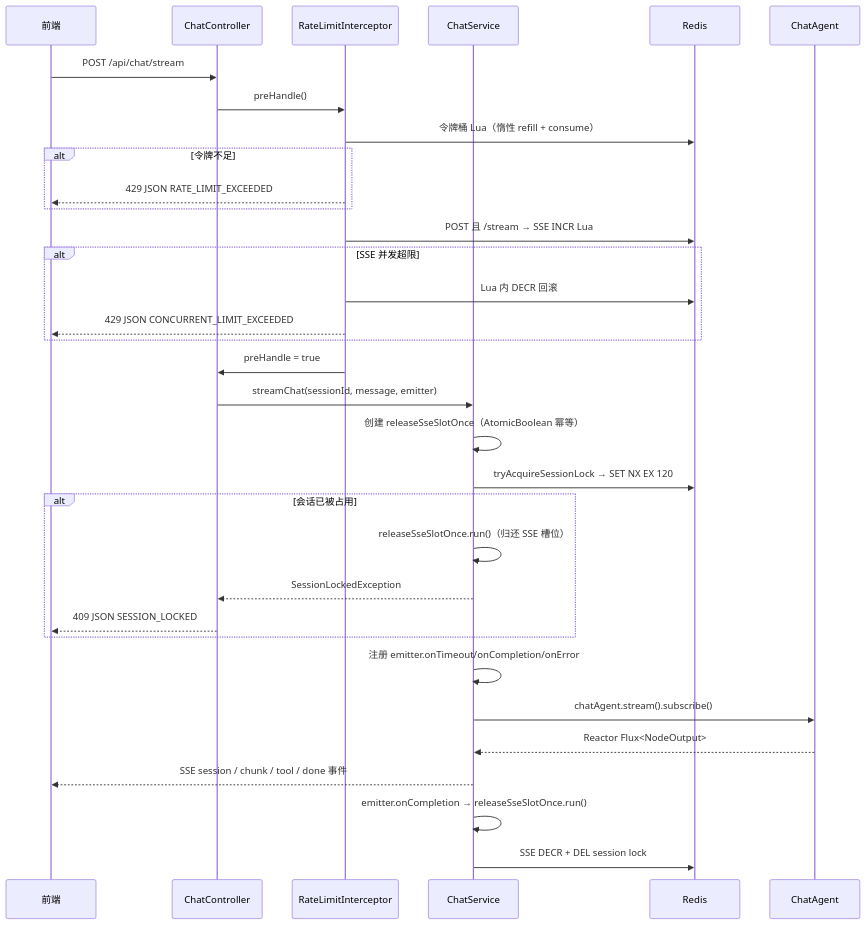
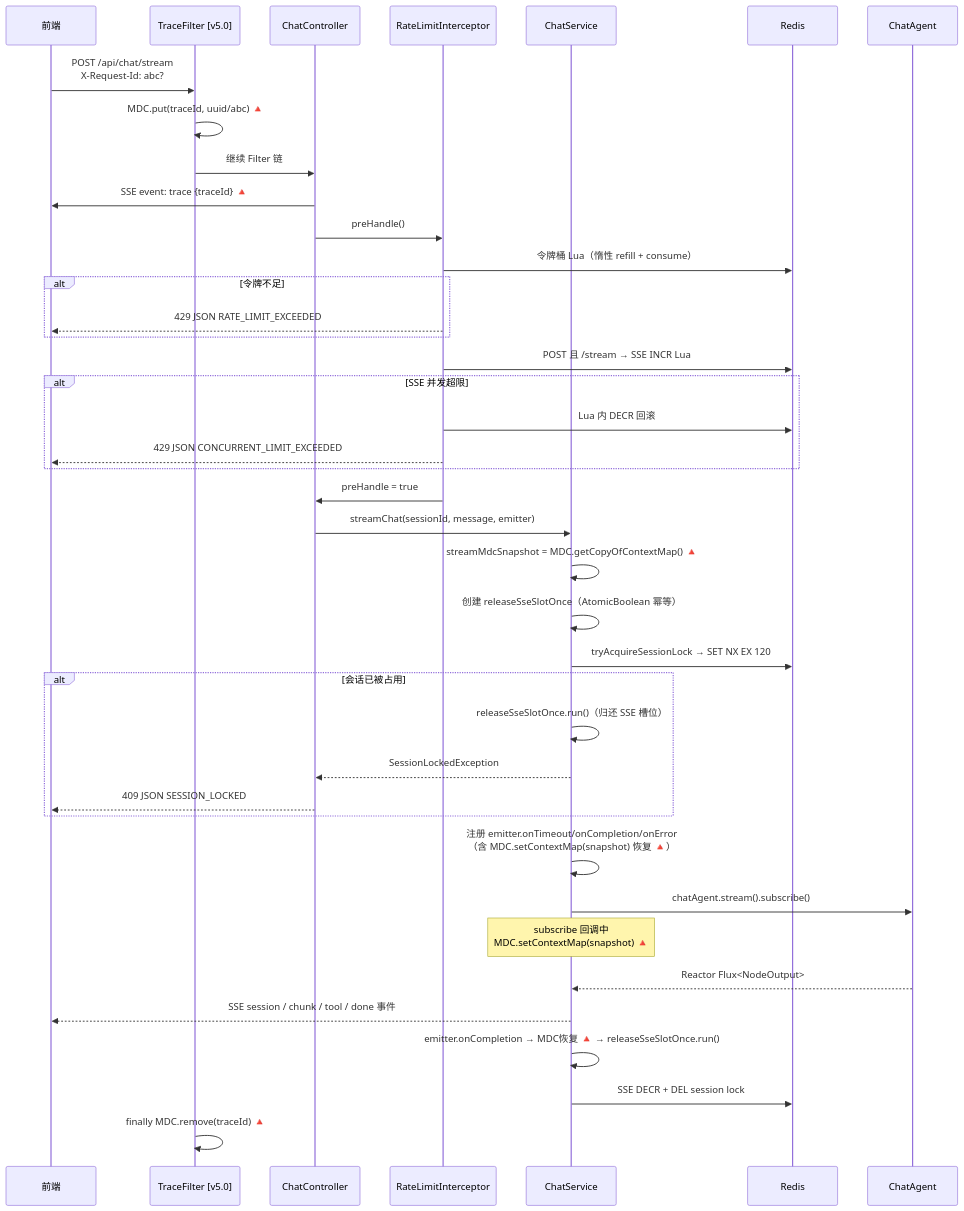
The second of 3 diagrams in document/模块要点/模块4-流式对话与并发控制.md (Yuyu123fish/Fish-Agent), drawn with Mermaid before and after one commit. The commit also changed other lines of this file and 15270 other files, not shown here.

````diff
--- a/document/模块要点/模块4-流式对话与并发控制.md
+++ b/document/模块要点/模块4-流式对话与并发控制.md
@@ -50,42 +53,52 @@
 ```mermaid
 sequenceDiagram
     participant FE as 前端
+    participant TF as TraceFilter [v5.0]
     participant CTL as ChatController
     participant Int as RateLimitInterceptor
     participant CS as ChatService
     participant Redis as Redis
     participant Agent as ChatAgent
 
-    FE->>CTL: POST /api/chat/stream
+    FE->>TF: POST /api/chat/stream<br/>X-Request-Id: abc?
+    TF->>TF: MDC.put(traceId, uuid/abc) 🔺
+
+    TF->>CTL: 继续 Filter 链
+    CTL->>FE: SSE event: trace {traceId} 🔺
+
     CTL->>Int: preHandle()
-    
+
     Int->>Redis: 令牌桶 Lua（惰性 refill + consume）
     alt 令牌不足
         Int-->>FE: 429 JSON RATE_LIMIT_EXCEEDED
     end
-    
+
     Int->>Redis: POST 且 /stream → SSE INCR Lua
     alt SSE 并发超限
         Int->>Redis: Lua 内 DECR 回滚
         Int-->>FE: 429 JSON CONCURRENT_LIMIT_EXCEEDED
     end
-    
+
     Int->>CTL: preHandle = true
     CTL->>CS: streamChat(sessionId, message, emitter)
-    
+
+    CS->>CS: streamMdcSnapshot = MDC.getCopyOfContextMap() 🔺
     CS->>CS: 创建 releaseSseSlotOnce（AtomicBoolean 幂等）
     CS->>Redis: tryAcquireSessionLock → SET NX EX 120
     alt 会话已被占用
         CS->>CS: releaseSseSlotOnce.run()（归还 SSE 槽位）
         CS-->>CTL: SessionLockedException
         CTL-->>FE: 409 JSON SESSION_LOCKED
     end
-    
-    CS->>CS: 注册 emitter.onTimeout/onCompletion/onError
+
+    CS->>CS: 注册 emitter.onTimeout/onCompletion/onError<br/>（含 MDC.setContextMap(snapshot) 恢复 🔺）
     CS->>Agent: chatAgent.stream().subscribe()
+    Note over CS: subscribe 回调中<br/>MDC.setContextMap(snapshot) 🔺
+
     Agent-->>CS: Reactor Flux<NodeOutput>
     CS-->>FE: SSE session / chunk / tool / done 事件
-    
-    CS->>CS: emitter.onCompletion → releaseSseSlotOnce.run()
+
+    CS->>CS: emitter.onCompletion → MDC恢复 🔺 → releaseSseSlotOnce.run()
     CS->>Redis: SSE DECR + DEL session lock
+    TF->>TF: finally MDC.remove(traceId) 🔺
 ```
````
